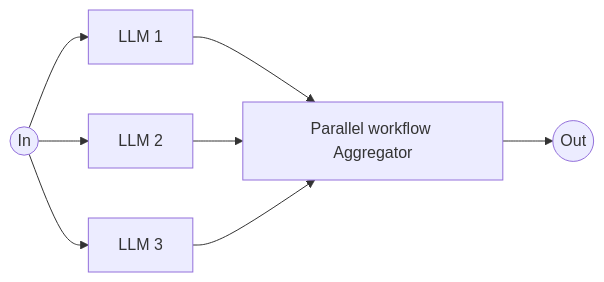
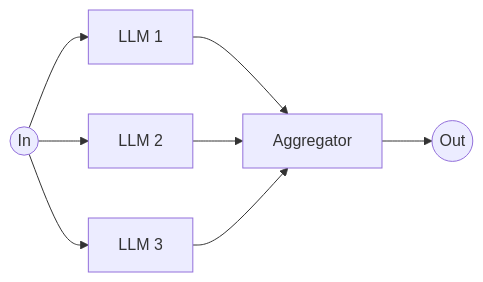
The diagram in examples/parallel_workflow/diagram.md (rootstrap/mars), drawn with Mermaid before and after one commit. The commit also changed 9 other files, not shown here.

First line of the commit message:
Update parallel workflow using async gem (#11)

````diff
--- a/examples/parallel_workflow/diagram.md
+++ b/examples/parallel_workflow/diagram.md
@@ -1,16 +1,16 @@
 ```mermaid
 flowchart LR
 in((In))
 out((Out))
-parallel_workflow_aggregator[Parallel workflow Aggregator]
+aggregator[Aggregator]
 llm_1[LLM 1]
 llm_2[LLM 2]
 llm_3[LLM 3]
 in --> llm_1
 in --> llm_2
 in --> llm_3
-llm_1 --> parallel_workflow_aggregator
-parallel_workflow_aggregator --> out
-llm_2 --> parallel_workflow_aggregator
-llm_3 --> parallel_workflow_aggregator
+llm_1 --> aggregator
+aggregator --> out
+llm_2 --> aggregator
+llm_3 --> aggregator
 ```
````
